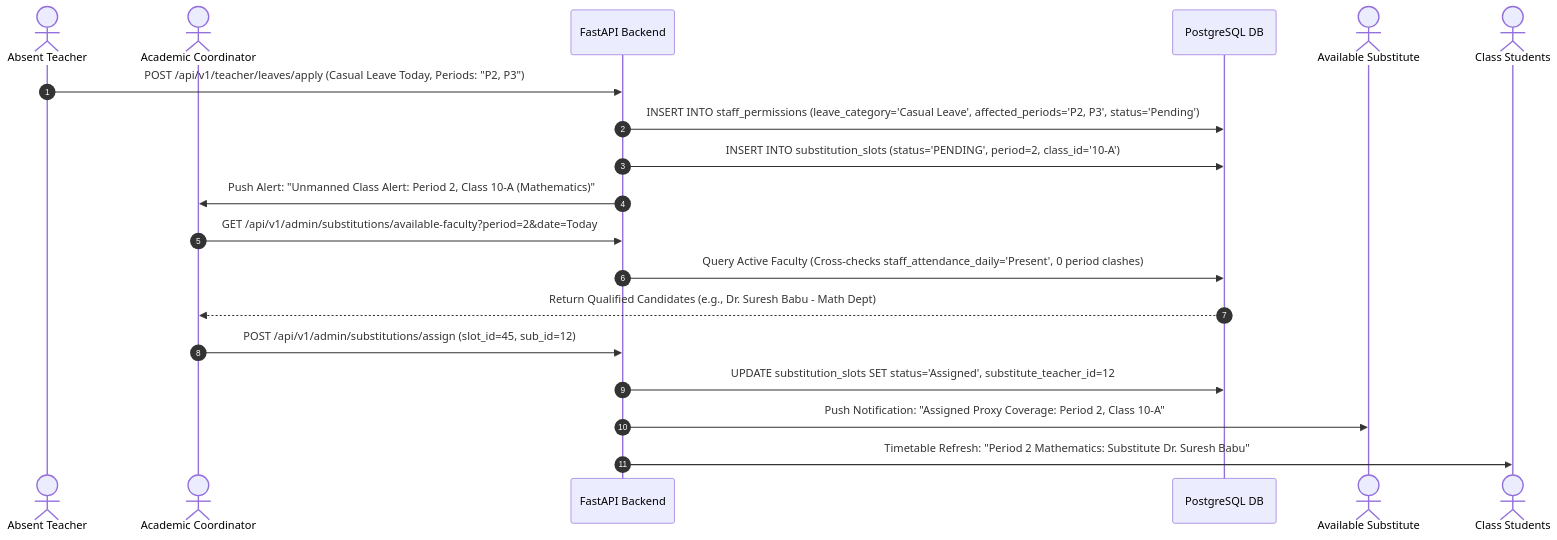
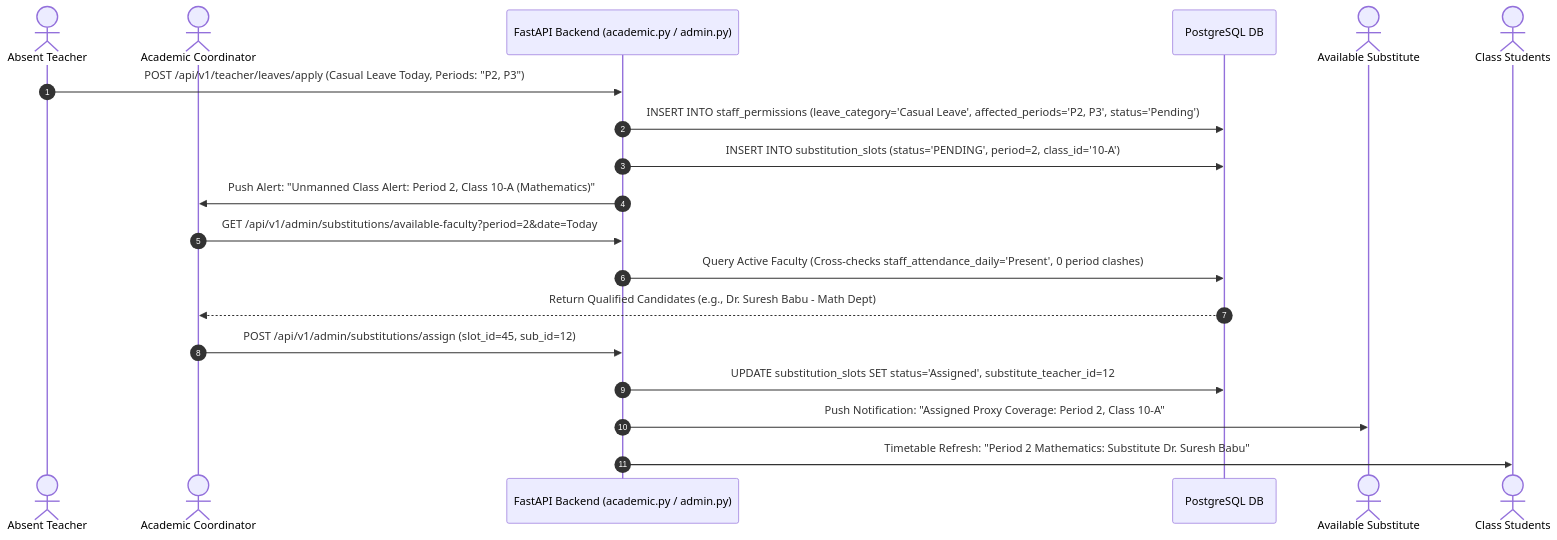
Diagram 18 of 19 in docs/architecture/ROLE_WISE_ARCHITECTURE_AND_WORKFLOWS.md (DiradzProducts/EDU360), drawn with Mermaid before and after one commit. The commit also changed other lines of this file and 67 other files, not shown here.

````diff
--- a/docs/architecture/ROLE_WISE_ARCHITECTURE_AND_WORKFLOWS.md
+++ b/docs/architecture/ROLE_WISE_ARCHITECTURE_AND_WORKFLOWS.md
@@ -738,22 +784,22 @@
 ```mermaid
 sequenceDiagram
     autonumber
     actor TeacherA as Absent Teacher
     actor AcadCoord as Academic Coordinator
-    participant API as FastAPI Backend
+    participant API as FastAPI Backend (academic.py / admin.py)
     participant DB as PostgreSQL DB
     actor TeacherB as Available Substitute
     actor Students as Class Students
 
     TeacherA->>API: POST /api/v1/teacher/leaves/apply (Casual Leave Today, Periods: "P2, P3")
     API->>DB: INSERT INTO staff_permissions (leave_category='Casual Leave', affected_periods='P2, P3', status='Pending')
     API->>DB: INSERT INTO substitution_slots (status='PENDING', period=2, class_id='10-A')
     API->>AcadCoord: Push Alert: "Unmanned Class Alert: Period 2, Class 10-A (Mathematics)"
     AcadCoord->>API: GET /api/v1/admin/substitutions/available-faculty?period=2&date=Today
     API->>DB: Query Active Faculty (Cross-checks staff_attendance_daily='Present', 0 period clashes)
     DB-->>AcadCoord: Return Qualified Candidates (e.g., Dr. Suresh Babu - Math Dept)
     AcadCoord->>API: POST /api/v1/admin/substitutions/assign (slot_id=45, sub_id=12)
     API->>DB: UPDATE substitution_slots SET status='Assigned', substitute_teacher_id=12
     API->>TeacherB: Push Notification: "Assigned Proxy Coverage: Period 2, Class 10-A"
     API->>Students: Timetable Refresh: "Period 2 Mathematics: Substitute Dr. Suresh Babu"
 ```
````
